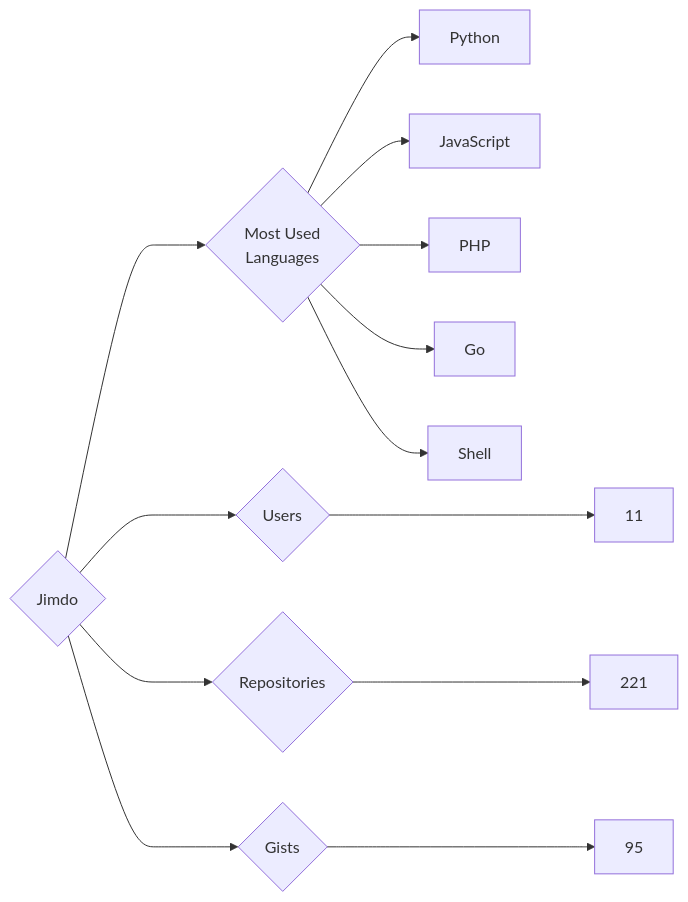
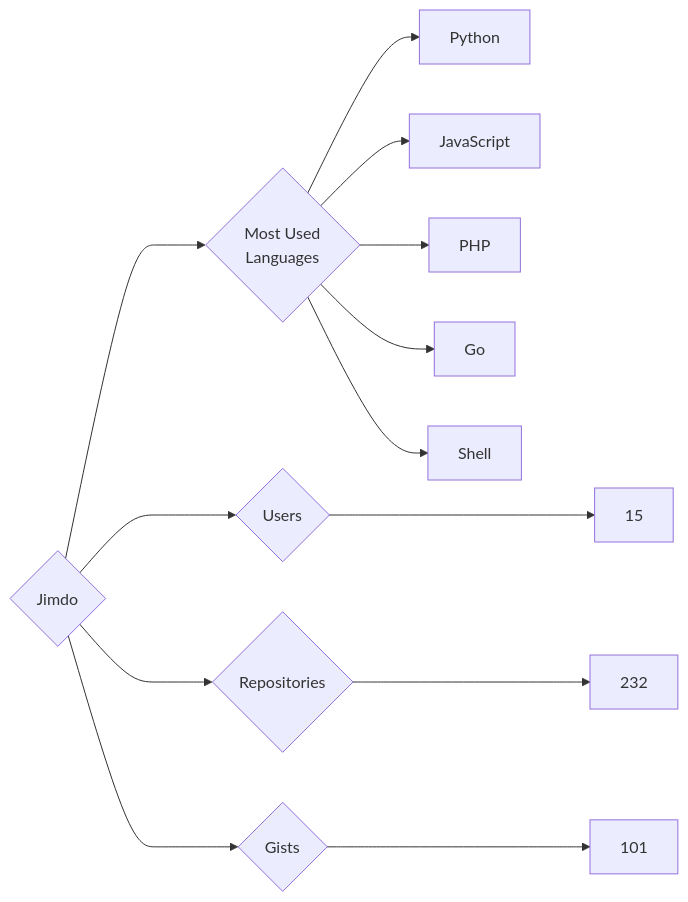
The diagram in targets/Jimdo/README.md (trickest/insiders), drawn with Mermaid before and after one commit. The commit also changed 610 other files, not shown here.

````diff
--- a/targets/Jimdo/README.md
+++ b/targets/Jimdo/README.md
@@ -3,13 +3,13 @@
 ```mermaid
 graph LR
 COMPANY_NAME{Jimdo}
-COMPANY_NAME ---> U{Users} ---> UN[11]
-COMPANY_NAME ---> R{Repositories} ---> RN[221]
-COMPANY_NAME ---> G{Gists} ---> GN[95]
+COMPANY_NAME ---> U{Users} ---> UN[15]
+COMPANY_NAME ---> R{Repositories} ---> RN[232]
+COMPANY_NAME ---> G{Gists} ---> GN[101]
 COMPANY_NAME ---> ML{Most Used<br>Languages}
 ML --> Python[Python]
 ML --> JavaScript[JavaScript]
 ML --> PHP[PHP]
 ML --> Go[Go]
 ML --> Shell[Shell]
 ```
````
